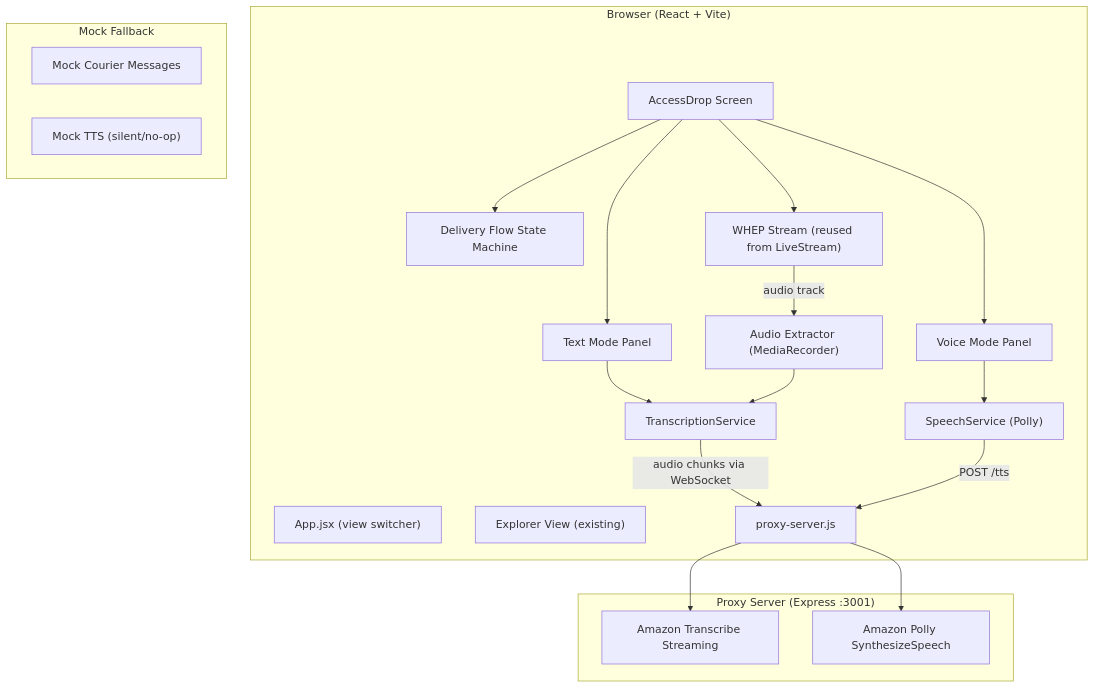
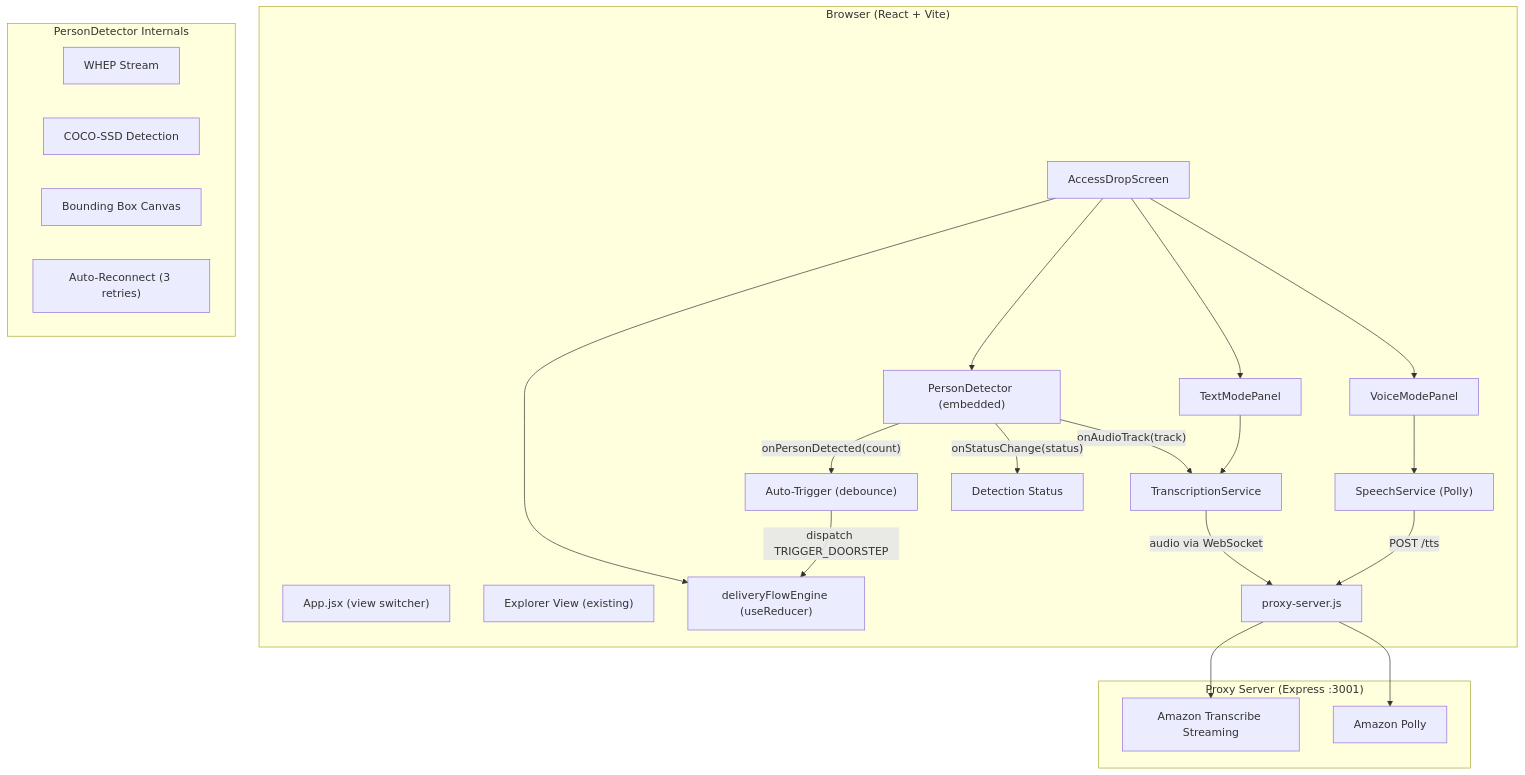
One commit to anishamalde/ring-demo-accessdropai changed the diagram in .kiro/specs/accessdrop-ai/design.md. Above: the diagram before and after it, drawn with Mermaid. The commit also changed other lines of this file and 24 other files, not shown here.

First line of the commit message:
feat: AccessDrop AI with live person detection, auto-trigger, transcription, and phone frame UI

````diff
--- a/.kiro/specs/accessdrop-ai/design.md
+++ b/.kiro/specs/accessdrop-ai/design.md
@@ -13,33 +11,37 @@
 ```mermaid
 graph TB
     subgraph Browser["Browser (React + Vite)"]
         App["App.jsx (view switcher)"]
         Explorer["Explorer View (existing)"]
-        AD["AccessDrop Screen"]
-        
-        AD --> TM["Text Mode Panel"]
-        AD --> VM["Voice Mode Panel"]
-        AD --> DF["Delivery Flow State Machine"]
-        
-        TM --> TS["TranscriptionService"]
+        AD["AccessDropScreen"]
+
+        AD --> TM["TextModePanel"]
+        AD --> VM["VoiceModePanel"]
+        AD --> DF["deliveryFlowEngine (useReducer)"]
+        AD --> PD["PersonDetector (embedded)"]
+
+        PD -->|"onPersonDetected(count)"| AutoTrigger["Auto-Trigger (debounce)"]
+        PD -->|"onAudioTrack(track)"| TS["TranscriptionService"]
+        PD -->|"onStatusChange(status)"| StatusIndicator["Detection Status"]
+        AutoTrigger -->|"dispatch TRIGGER_DOORSTEP"| DF
+
+        TM --> TS
         VM --> SS["SpeechService (Polly)"]
-        
-        TS --> |"audio chunks via WebSocket"| Proxy
-        SS --> |"POST /tts"| Proxy
-        
-        AD --> WHEP["WHEP Stream (reused from LiveStream)"]
-        WHEP --> |"audio track"| AudioExtractor["Audio Extractor (MediaRecorder)"]
-        AudioExtractor --> TS
+
+        TS -->|"audio via WebSocket"| Proxy
+        SS -->|"POST /tts"| Proxy
     end
-    
+
+    subgraph PD_Internal["PersonDetector Internals"]
+        WHEP["WHEP Stream"]
+        COCO["COCO-SSD Detection"]
+        Canvas["Bounding Box Canvas"]
+        Reconnect["Auto-Reconnect (3 retries)"]
+    end
+
     subgraph Server["Proxy Server (Express :3001)"]
         Proxy["proxy-server.js"]
         Proxy --> Transcribe["Amazon Transcribe Streaming"]
-        Proxy --> Polly["Amazon Polly SynthesizeSpeech"]
-    end
-    
-    subgraph Mock["Mock Fallback"]
-        MockMessages["Mock Courier Messages"]
-        MockTTS["Mock TTS (silent/no-op)"]
+        Proxy --> Polly["Amazon Polly"]
     end
 ```
````
